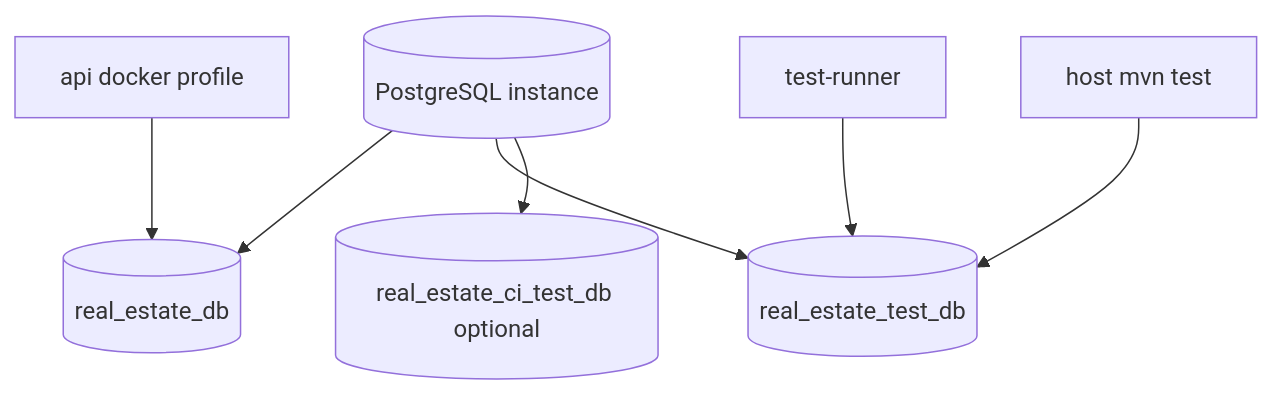
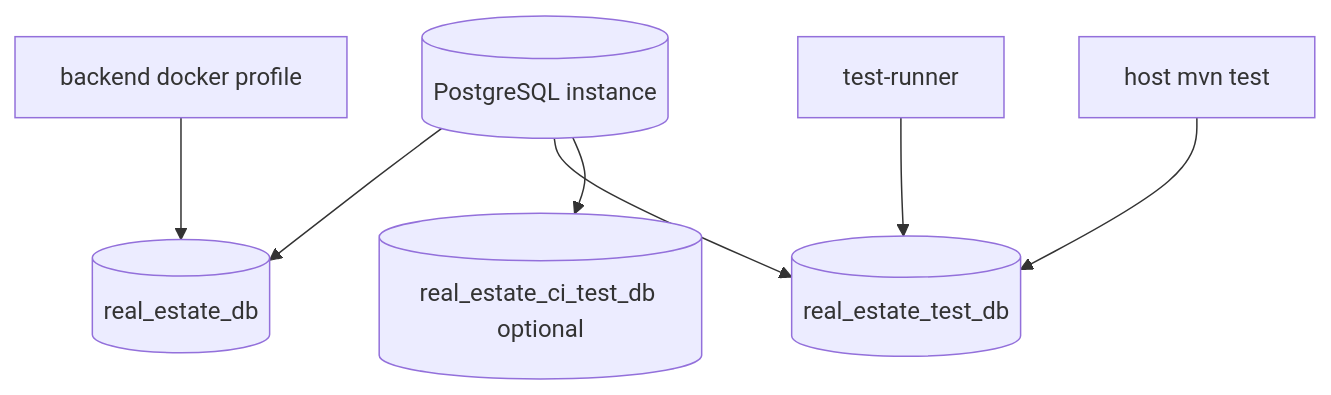
Before and after one commit to fdeniz07/RealEstateBackend: the third of 4 diagrams in docs/03-architecture/infrastructure/assets/DOCKER-COMPOSE-ARCHITECTURE.md, drawn with Mermaid. The commit also changed other lines of this file and 7 other files, not shown here.

````diff
--- a/docs/03-architecture/infrastructure/assets/DOCKER-COMPOSE-ARCHITECTURE.md
+++ b/docs/03-architecture/infrastructure/assets/DOCKER-COMPOSE-ARCHITECTURE.md
@@ -108,13 +108,13 @@
 ```mermaid
 flowchart TB
   PG[(PostgreSQL instance)]
   DEV[(real_estate_db)]
   TST[(real_estate_test_db)]
   CI[(real_estate_ci_test_db optional)]
   PG --> DEV
   PG --> TST
   PG --> CI
-  API[api docker profile] --> DEV
+  BE[backend docker profile] --> DEV
   TR[test-runner] --> TST
   HM[host mvn test] --> TST
 ```
````
